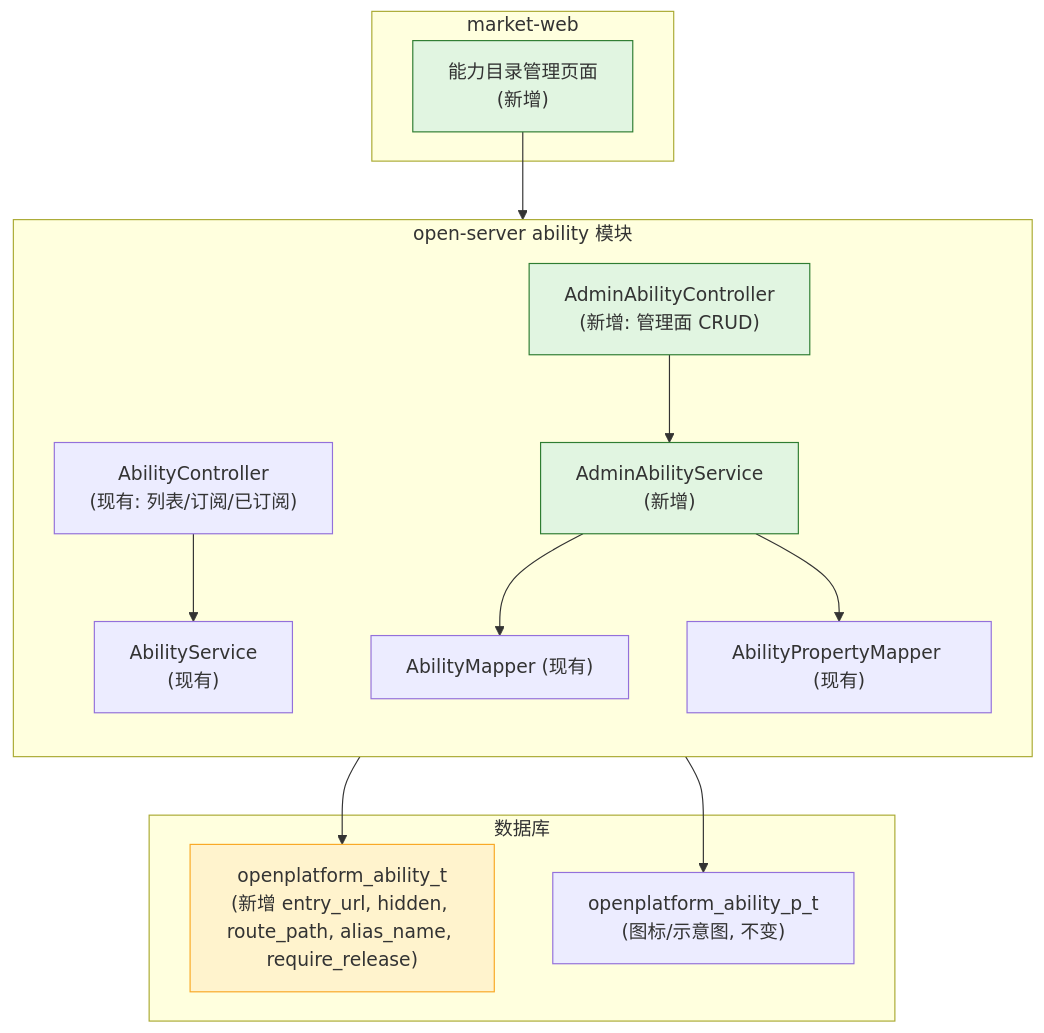
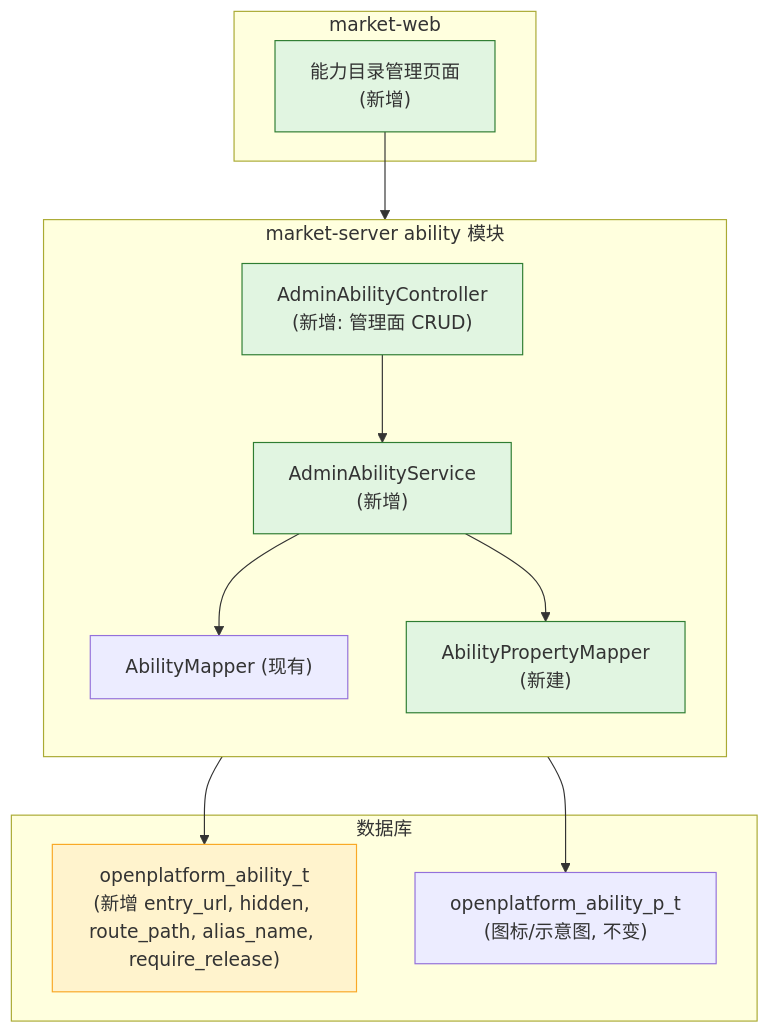
Before and after one commit to THZSummer/open-app: the first of 5 diagrams in .sddu/specs-tree-root/specs-tree-ability-embedding/specs-tree-embedding-platform/plan.md, drawn with Mermaid. The commit also changed other lines of this file and 35 other files, not shown here.

````diff
--- a/.sddu/specs-tree-root/specs-tree-ability-embedding/specs-tree-embedding-platform/plan.md
+++ b/.sddu/specs-tree-root/specs-tree-ability-embedding/specs-tree-embedding-platform/plan.md
@@ -50,34 +42,32 @@
 ```mermaid
 graph TB
-    subgraph OpenServer["open-server ability 模块"]
+    subgraph MarketServer["market-server ability 模块"]
         direction TB
-        AbilityController["AbilityController<br/>(现有: 列表/订阅/已订阅)"]
         AdminController["AdminAbilityController<br/>(新增: 管理面 CRUD)"]
-        AbilityService["AbilityService<br/>(现有)"]
         AdminService["AdminAbilityService<br/>(新增)"]
         AbilityMapper["AbilityMapper (现有)"]
-        AbilityPropertyMapper["AbilityPropertyMapper (现有)"]
+        AbilityPropertyMapper["AbilityPropertyMapper<br/>(新建)"]
     end
 
     subgraph MarketWeb["market-web"]
         AdminPages["能力目录管理页面<br/>(新增)"]
     end
 
     subgraph DB["数据库"]
         T1["openplatform_ability_t<br/>(新增 entry_url, hidden, route_path, alias_name, require_release)"]
         T2["openplatform_ability_p_t<br/>(图标/示意图, 不变)"]
     end
 
     AdminPages --> AdminController
-    AbilityController --> AbilityService
     AdminController --> AdminService
     AdminService --> AbilityMapper
     AdminService --> AbilityPropertyMapper
     AbilityMapper --> T1
     AbilityPropertyMapper --> T2
 
     style AdminController fill:#e1f5e1,stroke:#2e7d32
     style AdminService fill:#e1f5e1,stroke:#2e7d32
+    style AbilityPropertyMapper fill:#e1f5e1,stroke:#2e7d32
     style AdminPages fill:#e1f5e1,stroke:#2e7d32
     style T1 fill:#fff3cd,stroke:#f9a825
 ```
````
